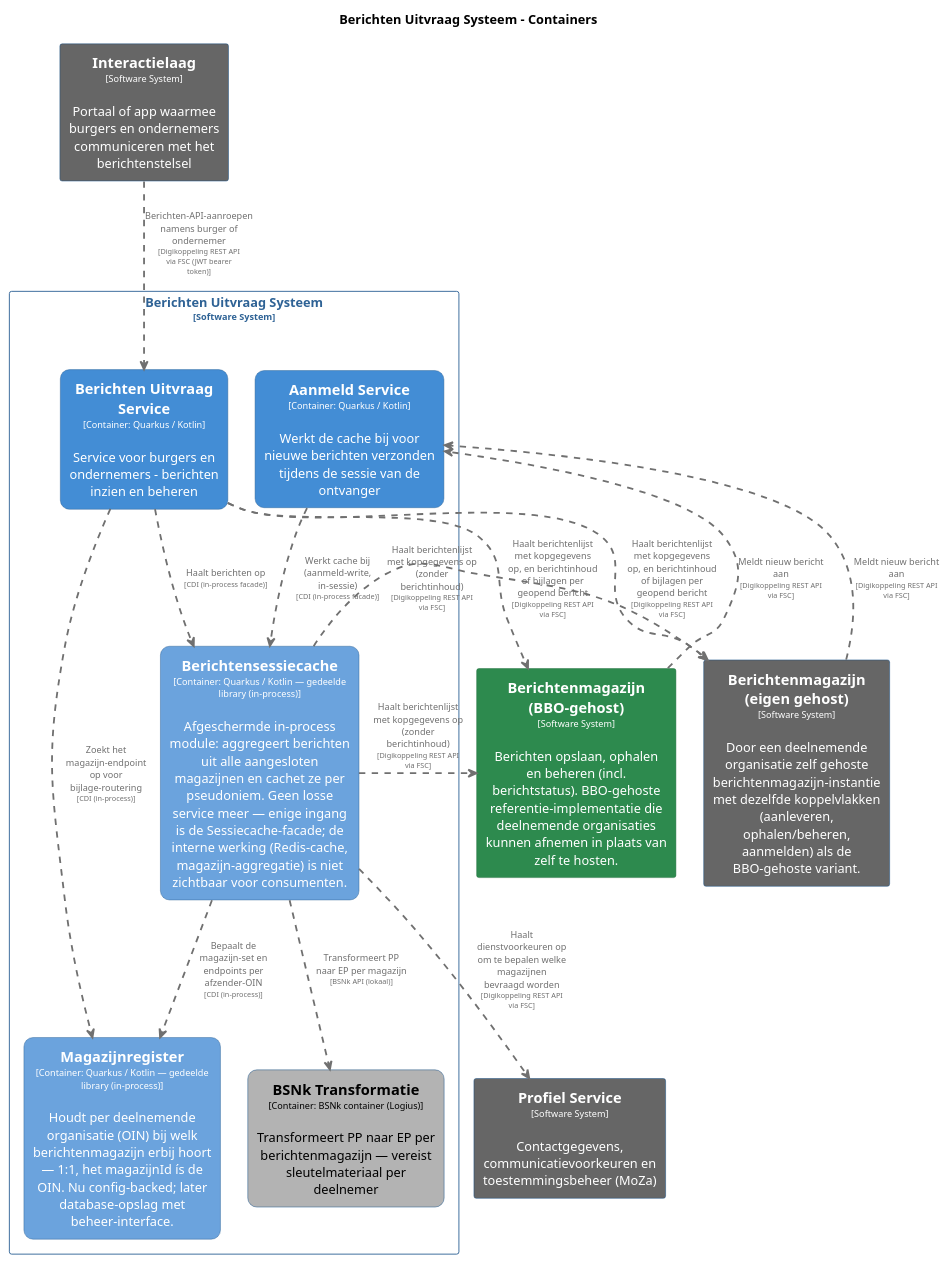
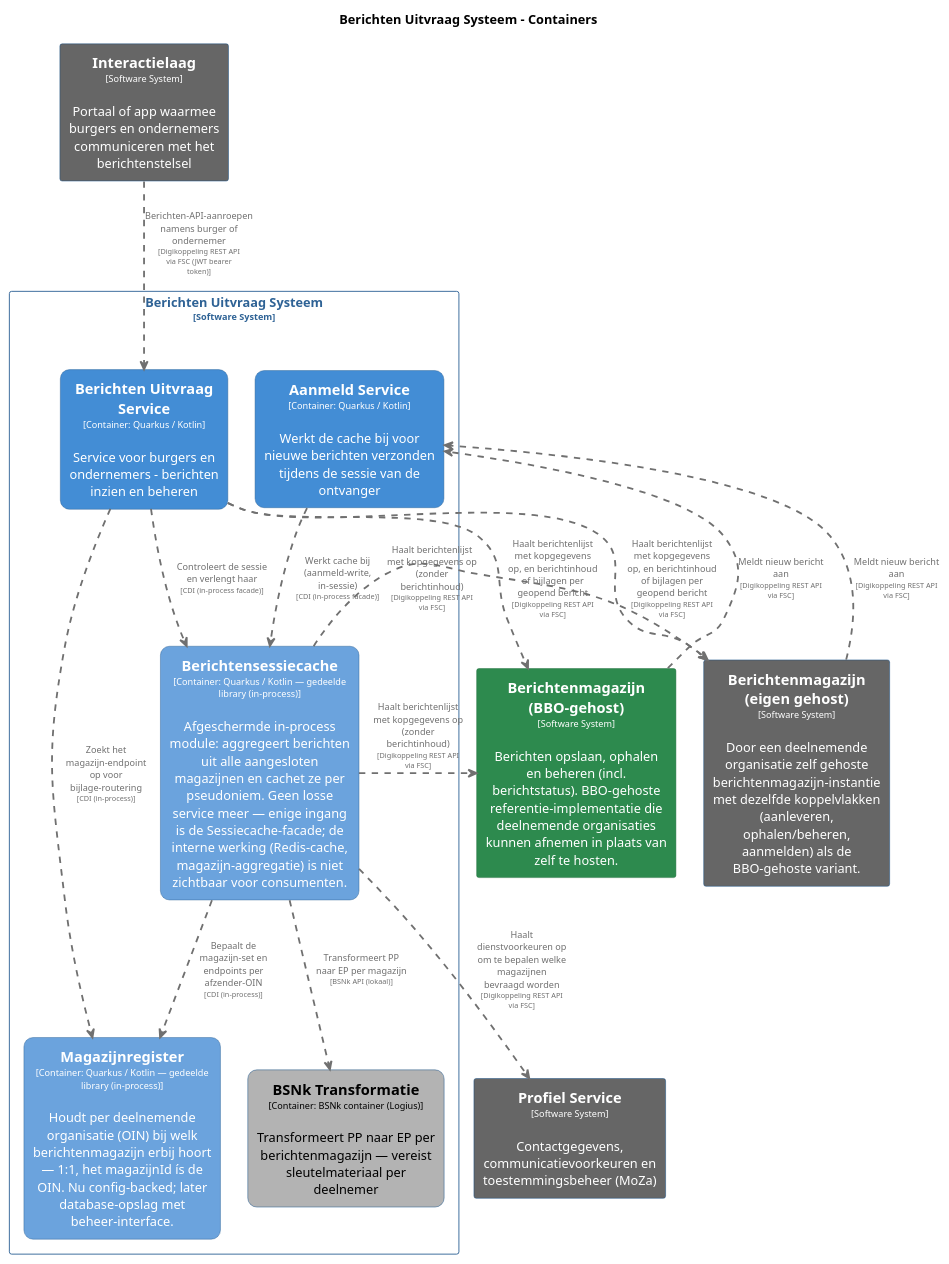
Before and after one commit to MinBZK/moza-poc-fbs-berichtenbox: the diagram in pr-preview/pr-393/master/puml/BerichtenUitvraagSysteemContainers.puml, drawn with PlantUML. The commit also changed 36 other files, not shown here.

```diff
--- a/pr-preview/pr-393/master/puml/BerichtenUitvraagSysteemContainers.puml
+++ b/pr-preview/pr-393/master/puml/BerichtenUitvraagSysteemContainers.puml
@@ -1,109 +1,109 @@
 @startuml
 set separator none
 title Berichten Uitvraag Systeem - Containers
 
 top to bottom direction
 skinparam ranksep 60
 skinparam nodesep 30
 
 skinparam {
   arrowFontSize 10
   defaultTextAlignment center
   wrapWidth 200
   maxMessageSize 100
 }
 
 hide stereotype
 
 skinparam rectangle<<BerichtenUitvraagSysteem.AanmeldService>> {
   BackgroundColor #438dd5
   FontColor #ffffff
   BorderColor #2e6295
   roundCorner 20
   shadowing false
 }
 skinparam rectangle<<BerichtenUitvraagSysteem.BSNkTransformatie>> {
   BackgroundColor #b3b3b3
   FontColor #000000
   BorderColor #0b4884
   roundCorner 20
   shadowing false
 }
 skinparam rectangle<<BerichtenUitvraagSysteem.BerichtenUitvraagService>> {
   BackgroundColor #438dd5
   FontColor #ffffff
   BorderColor #2e6295
   roundCorner 20
   shadowing false
 }
 skinparam rectangle<<BerichtenmagazijnBBOgehost>> {
   BackgroundColor #2d8a4e
   FontColor #ffffff
   BorderColor #1e6b38
   shadowing false
 }
 skinparam rectangle<<Berichtenmagazijneigengehost>> {
   BackgroundColor #666666
   FontColor #ffffff
   BorderColor #0b4884
   shadowing false
 }
 skinparam rectangle<<BerichtenUitvraagSysteem.Berichtensessiecache>> {
   BackgroundColor #6ba3dd
   FontColor #ffffff
   BorderColor #2e6295
   roundCorner 20
   shadowing false
 }
 skinparam rectangle<<Interactielaag>> {
   BackgroundColor #666666
   FontColor #ffffff
   BorderColor #0b4884
   shadowing false
 }
 skinparam rectangle<<BerichtenUitvraagSysteem.Magazijnregister>> {
   BackgroundColor #6ba3dd
   FontColor #ffffff
   BorderColor #2e6295
   roundCorner 20
   shadowing false
 }
 skinparam rectangle<<ProfielService>> {
   BackgroundColor #666666
   FontColor #ffffff
   BorderColor #0b4884
   shadowing false
 }
 skinparam rectangle<<BerichtenUitvraagSysteem>> {
   BorderColor #2e6295
   FontColor #2e6295
   shadowing false
 }
 
 rectangle "==Profiel Service\n<size:10>[Software System]</size>\n\nContactgegevens, communicatievoorkeuren en toestemmingsbeheer (MoZa)" <<ProfielService>> as ProfielService
 rectangle "==Interactielaag\n<size:10>[Software System]</size>\n\nPortaal of app waarmee burgers en ondernemers communiceren met het berichtenstelsel" <<Interactielaag>> as Interactielaag
 rectangle "==Berichtenmagazijn (eigen gehost)\n<size:10>[Software System]</size>\n\nDoor een deelnemende organisatie zelf gehoste berichtenmagazijn-instantie met dezelfde koppelvlakken (aanleveren, ophalen/beheren, aanmelden) als de BBO-gehoste variant." <<Berichtenmagazijneigengehost>> as Berichtenmagazijneigengehost
 rectangle "==Berichtenmagazijn (BBO-gehost)\n<size:10>[Software System]</size>\n\nBerichten opslaan, ophalen en beheren (incl. berichtstatus). BBO-gehoste referentie-implementatie die deelnemende organisaties kunnen afnemen in plaats van zelf te hosten." <<BerichtenmagazijnBBOgehost>> as BerichtenmagazijnBBOgehost
 
 rectangle "Berichten Uitvraag Systeem\n<size:10>[Software System]</size>" <<BerichtenUitvraagSysteem>> {
   rectangle "==Berichtensessiecache\n<size:10>[Container: Quarkus / Kotlin — gedeelde library (in-process)]</size>\n\nAfgeschermde in-process module: aggregeert berichten uit alle aangesloten magazijnen en cachet ze per pseudoniem. Geen losse service meer — enige ingang is de Sessiecache-facade; de interne werking (Redis-cache, magazijn-aggregatie) is niet zichtbaar voor consumenten." <<BerichtenUitvraagSysteem.Berichtensessiecache>> as BerichtenUitvraagSysteem.Berichtensessiecache
   rectangle "==Berichten Uitvraag Service\n<size:10>[Container: Quarkus / Kotlin]</size>\n\nService voor burgers en ondernemers - berichten inzien en beheren" <<BerichtenUitvraagSysteem.BerichtenUitvraagService>> as BerichtenUitvraagSysteem.BerichtenUitvraagService
   rectangle "==BSNk Transformatie\n<size:10>[Container: BSNk container (Logius)]</size>\n\nTransformeert PP naar EP per berichtenmagazijn — vereist sleutelmateriaal per deelnemer" <<BerichtenUitvraagSysteem.BSNkTransformatie>> as BerichtenUitvraagSysteem.BSNkTransformatie
   rectangle "==Aanmeld Service\n<size:10>[Container: Quarkus / Kotlin]</size>\n\nWerkt de cache bij voor nieuwe berichten verzonden tijdens de sessie van de ontvanger" <<BerichtenUitvraagSysteem.AanmeldService>> as BerichtenUitvraagSysteem.AanmeldService
   rectangle "==Magazijnregister\n<size:10>[Container: Quarkus / Kotlin — gedeelde library (in-process)]</size>\n\nHoudt per deelnemende organisatie (OIN) bij welk berichtenmagazijn erbij hoort — 1:1, het magazijnId ís de OIN. Nu config-backed; later database-opslag met beheer-interface." <<BerichtenUitvraagSysteem.Magazijnregister>> as BerichtenUitvraagSysteem.Magazijnregister
 }
 
+BerichtenUitvraagSysteem.BerichtenUitvraagService .[#707070,thickness=2].> BerichtenUitvraagSysteem.Berichtensessiecache : "<color:#707070>Controleert de sessie en verlengt haar\n<color:#707070><size:8>[CDI (in-process facade)]</size>"
+BerichtenUitvraagSysteem.Berichtensessiecache .[#707070,thickness=2].> BerichtenUitvraagSysteem.Magazijnregister : "<color:#707070>Bepaalt de magazijn-set en endpoints per afzender-OIN\n<color:#707070><size:8>[CDI (in-process)]</size>"
+BerichtenUitvraagSysteem.BerichtenUitvraagService .[#707070,thickness=2].> BerichtenUitvraagSysteem.Magazijnregister : "<color:#707070>Zoekt het magazijn-endpoint op voor bijlage-routering\n<color:#707070><size:8>[CDI (in-process)]</size>"
 Interactielaag .[#707070,thickness=2].> BerichtenUitvraagSysteem.BerichtenUitvraagService : "<color:#707070>Berichten-API-aanroepen namens burger of ondernemer\n<color:#707070><size:8>[Digikoppeling REST API via FSC (JWT bearer token)]</size>"
 BerichtenUitvraagSysteem.BerichtenUitvraagService .[#707070,thickness=2].> BerichtenmagazijnBBOgehost : "<color:#707070>Haalt berichtenlijst met kopgegevens op, en berichtinhoud of bijlagen per geopend bericht\n<color:#707070><size:8>[Digikoppeling REST API via FSC]</size>"
 BerichtenmagazijnBBOgehost .[#707070,thickness=2].> BerichtenUitvraagSysteem.AanmeldService : "<color:#707070>Meldt nieuw bericht aan\n<color:#707070><size:8>[Digikoppeling REST API via FSC]</size>"
 BerichtenUitvraagSysteem.BerichtenUitvraagService .[#707070,thickness=2].> Berichtenmagazijneigengehost : "<color:#707070>Haalt berichtenlijst met kopgegevens op, en berichtinhoud of bijlagen per geopend bericht\n<color:#707070><size:8>[Digikoppeling REST API via FSC]</size>"
 BerichtenUitvraagSysteem.Berichtensessiecache .[#707070,thickness=2].> Berichtenmagazijneigengehost : "<color:#707070>Haalt berichtenlijst met kopgegevens op (zonder berichtinhoud)\n<color:#707070><size:8>[Digikoppeling REST API via FSC]</size>"
 Berichtenmagazijneigengehost .[#707070,thickness=2].> BerichtenUitvraagSysteem.AanmeldService : "<color:#707070>Meldt nieuw bericht aan\n<color:#707070><size:8>[Digikoppeling REST API via FSC]</size>"
 BerichtenUitvraagSysteem.Berichtensessiecache .[#707070,thickness=2].> ProfielService : "<color:#707070>Haalt dienstvoorkeuren op om te bepalen welke magazijnen bevraagd worden\n<color:#707070><size:8>[Digikoppeling REST API via FSC]</size>"
 BerichtenUitvraagSysteem.Berichtensessiecache .[#707070,thickness=2].> BerichtenmagazijnBBOgehost : "<color:#707070>Haalt berichtenlijst met kopgegevens op (zonder berichtinhoud)\n<color:#707070><size:8>[Digikoppeling REST API via FSC]</size>"
 BerichtenUitvraagSysteem.Berichtensessiecache .[#707070,thickness=2].> BerichtenUitvraagSysteem.BSNkTransformatie : "<color:#707070>Transformeert PP naar EP per magazijn\n<color:#707070><size:8>[BSNk API (lokaal)]</size>"
 BerichtenUitvraagSysteem.AanmeldService .[#707070,thickness=2].> BerichtenUitvraagSysteem.Berichtensessiecache : "<color:#707070>Werkt cache bij (aanmeld-write, in-sessie)\n<color:#707070><size:8>[CDI (in-process facade)]</size>"
-BerichtenUitvraagSysteem.BerichtenUitvraagService .[#707070,thickness=2].> BerichtenUitvraagSysteem.Berichtensessiecache : "<color:#707070>Haalt berichten op\n<color:#707070><size:8>[CDI (in-process facade)]</size>"
-BerichtenUitvraagSysteem.Berichtensessiecache .[#707070,thickness=2].> BerichtenUitvraagSysteem.Magazijnregister : "<color:#707070>Bepaalt de magazijn-set en endpoints per afzender-OIN\n<color:#707070><size:8>[CDI (in-process)]</size>"
-BerichtenUitvraagSysteem.BerichtenUitvraagService .[#707070,thickness=2].> BerichtenUitvraagSysteem.Magazijnregister : "<color:#707070>Zoekt het magazijn-endpoint op voor bijlage-routering\n<color:#707070><size:8>[CDI (in-process)]</size>"
 @enduml
```
